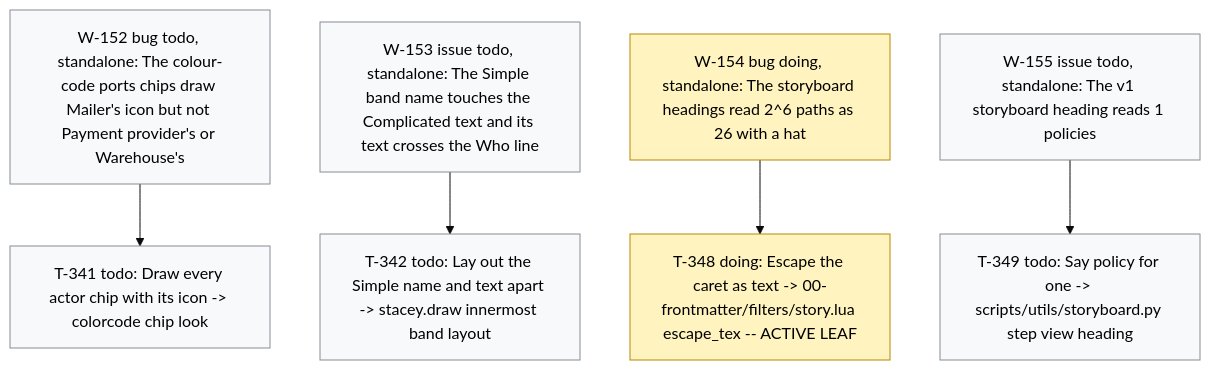
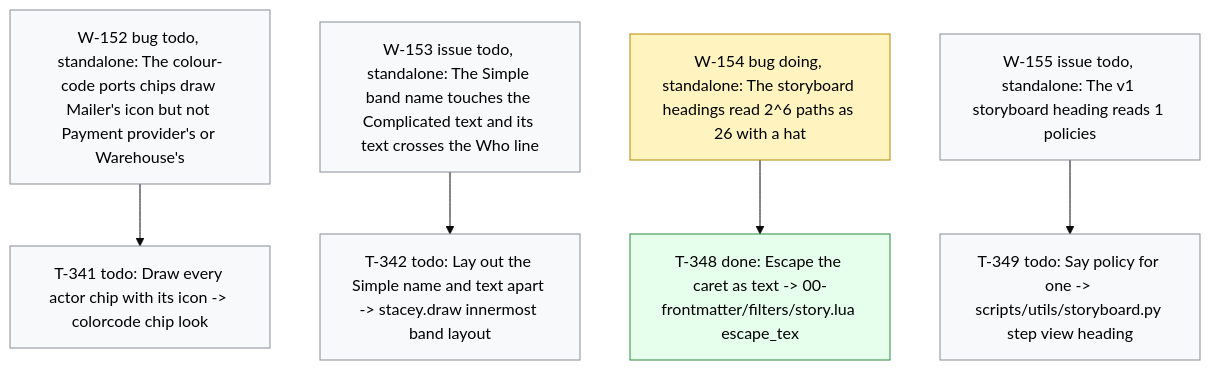
The diagram in .board/BOARD.md (dpopchev/chaos-to-simple), drawn with Mermaid (base theme) before and after one commit. The commit also changed other lines of this file and 1 other file, not shown here.

Commit message:
chore(board): close T-348 -- W-154 ready to land
Refs: W-154 T-348

````diff
--- a/.board/BOARD.md
+++ b/.board/BOARD.md
@@ -893,18 +893,19 @@
 ```mermaid
 flowchart TD
   W152["W-152 bug todo, standalone: The colour-code ports chips draw Mailer's icon but not Payment provider's or Warehouse's"]
   W152 --> T341["T-341 todo: Draw every actor chip with its icon -> colorcode chip look"]
   W153["W-153 issue todo, standalone: The Simple band name touches the Complicated text and its text crosses the Who line"]
   W153 --> T342["T-342 todo: Lay out the Simple name and text apart -> stacey.draw innermost band layout"]
   W154["W-154 bug doing, standalone: The storyboard headings read 2^6 paths as 26 with a hat"]
-  W154 --> T348["T-348 doing: Escape the caret as text -> 00-frontmatter/filters/story.lua escape_tex -- ACTIVE LEAF"]
+  W154 --> T348["T-348 done: Escape the caret as text -> 00-frontmatter/filters/story.lua escape_tex"]
   W155["W-155 issue todo, standalone: The v1 storyboard heading reads 1 policies"]
   W155 --> T349["T-349 todo: Say policy for one -> scripts/utils/storyboard.py step view heading"]
   classDef doing fill:#fff3bf,stroke:#b58900,color:#000;
   classDef blocked fill:#ffe3e3,stroke:#c92a2a,color:#000;
   classDef done fill:#e6ffed,stroke:#2b8a3e,color:#000;
   classDef todo fill:#f8f9fa,stroke:#868e96,color:#000;
   classDef pruned fill:#f1f3f5,stroke:#adb5bd,color:#000;
-  class W154,T348 doing
+  class W154 doing
+  class T348 done
   class W152,T341,W153,T342,W155,T349 todo
 ```
````
